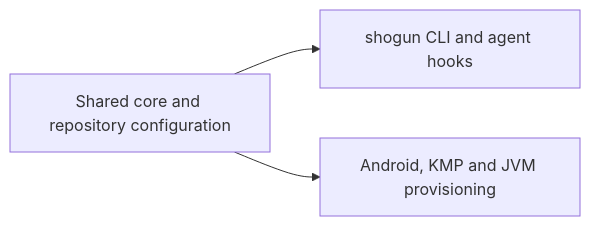
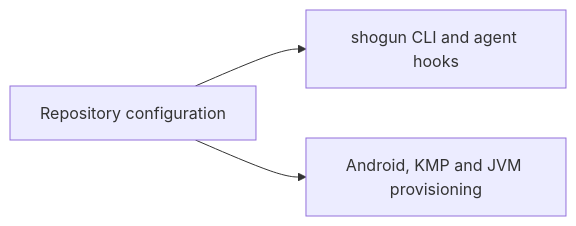
The diagram in docs/roadmap.md (LuxionServer/ShogunAi), drawn with Mermaid before and after one commit. The commit also changed other lines of this file and 82 other files, not shown here.

````diff
--- a/docs/roadmap.md
+++ b/docs/roadmap.md
@@ -17,5 +17,5 @@
 ```mermaid
 graph LR
-    A["Shared core and repository configuration"] --> B["shogun CLI and agent hooks"]
+    A["Repository configuration"] --> B["shogun CLI and agent hooks"]
     A --> D["Android, KMP and JVM provisioning"]
 ```
````
